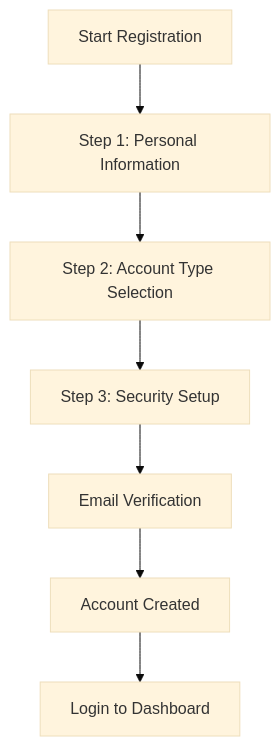
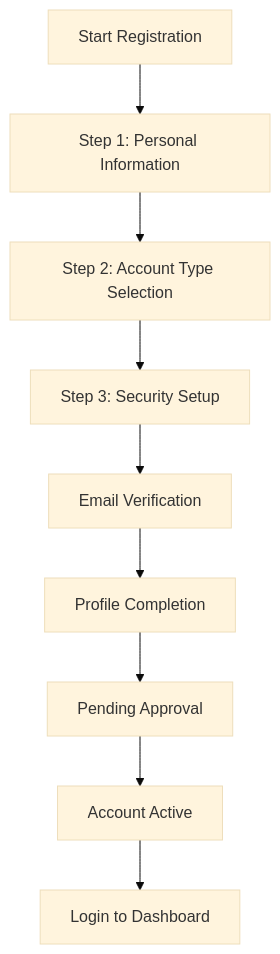
One commit to PC-Mender/sjrs-lms-docs changed the diagram in src/content/docs/user-guides/registration-guide.mdx. Above: the diagram before and after it, drawn with Mermaid (base theme). The commit also changed other lines of this file and 4 other files, not shown here.

````diff
--- a/src/content/docs/user-guides/registration-guide.mdx
+++ b/src/content/docs/user-guides/registration-guide.mdx
@@ -16,9 +12,11 @@
 ```mermaid
 graph TD
     A[Start Registration] --> B[Step 1: Personal Information]
     B --> C[Step 2: Account Type Selection]
     C --> D[Step 3: Security Setup]
     D --> E[Email Verification]
-    E --> F[Account Created]
-    F --> G[Login to Dashboard]
+    E --> F[Profile Completion]
+    F --> G[Pending Approval]
+    G --> H[Account Active]
+    H --> I[Login to Dashboard]
 ```
````
